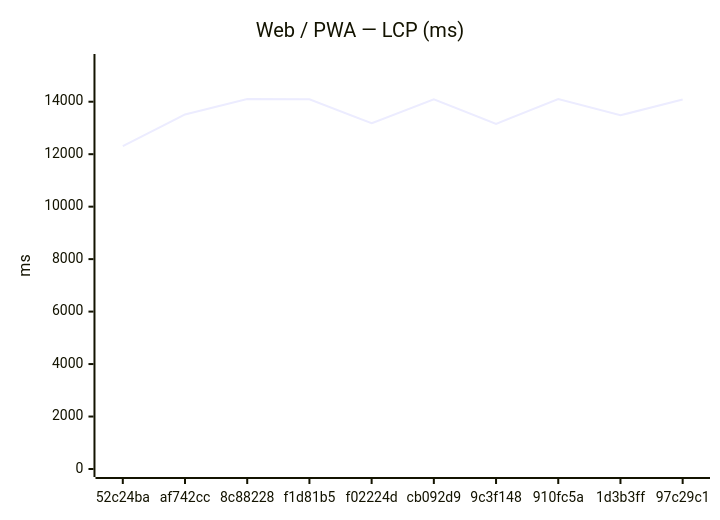
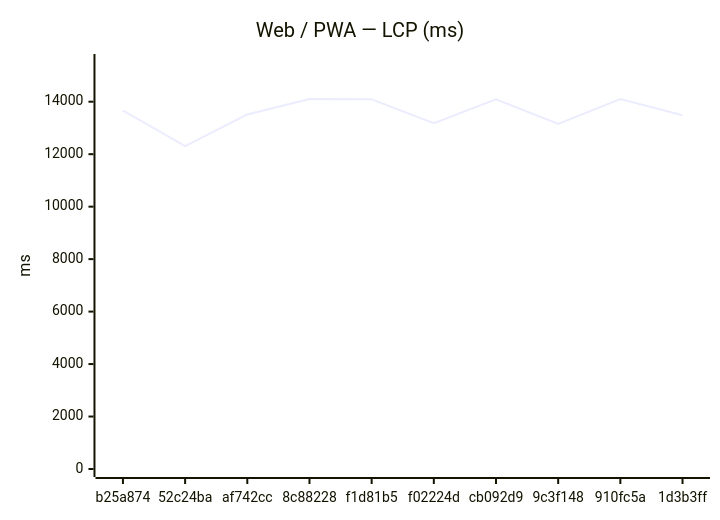
One commit to Metaheurist/Rianell changed the first of 18 diagrams in benchmarks/compare.md. Above: the diagram before and after it, drawn with Mermaid. The commit also changed other lines of this file and 11 other files, not shown here.

````diff
--- a/benchmarks/compare.md
+++ b/benchmarks/compare.md
@@ -24,7 +24,7 @@
 ```mermaid
 xychart-beta
     title "Web / PWA — LCP (ms)"
-    x-axis ["52c24ba", "af742cc", "8c88228", "f1d81b5", "f02224d", "cb092d9", "9c3f148", "910fc5a", "1d3b3ff", "97c29c1"]
+    x-axis ["b25a874", "52c24ba", "af742cc", "8c88228", "f1d81b5", "f02224d", "cb092d9", "9c3f148", "910fc5a", "1d3b3ff"]
     y-axis "ms" 0 --> 15514
-    line [12311, 13514, 14099, 14091, 13178, 14089, 13157, 14103, 13484, 14084]
+    line [13665, 12311, 13514, 14099, 14091, 13178, 14089, 13157, 14103, 13484]
 ```
````
